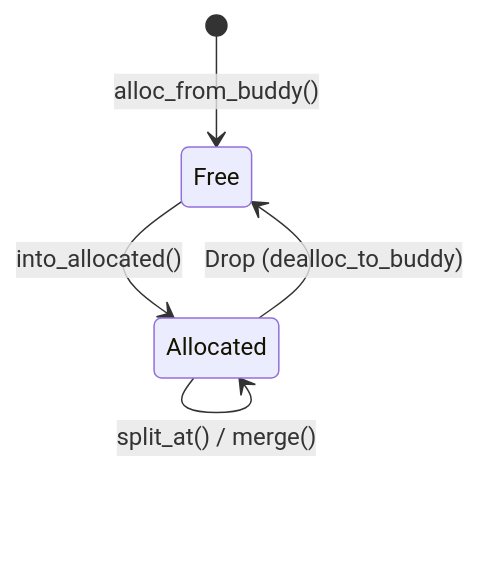
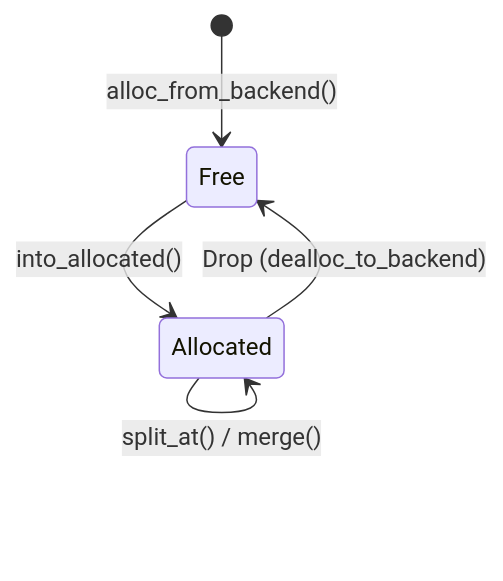
The third of 10 diagrams in docs/design/memory-subsystem.md (MRNIU/SimpleKernel), drawn with Mermaid before and after one commit. The commit also changed other lines of this file and 10 other files, not shown here.

````diff
--- a/docs/design/memory-subsystem.md
+++ b/docs/design/memory-subsystem.md
@@ -122,7 +122,7 @@
 ```mermaid
 stateDiagram-v2
-    [*] --> Free : alloc_from_buddy()
+    [*] --> Free : alloc_from_backend()
     Free --> Allocated : into_allocated()
-    Allocated --> Free : Drop (dealloc_to_buddy)
+    Allocated --> Free : Drop (dealloc_to_backend)
     Allocated --> Allocated : split_at() / merge()
 ```
````
